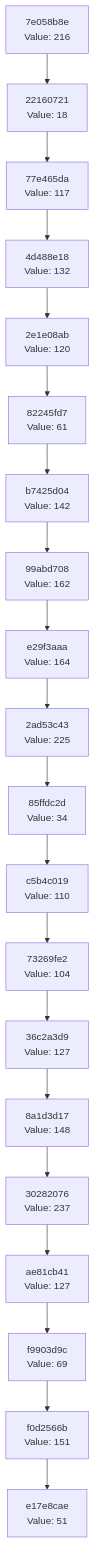
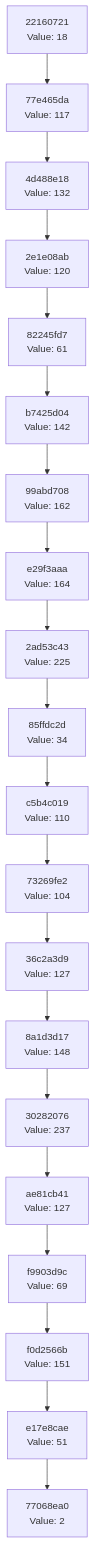
The diagram in docs/CHAIN_VISUALIZATION.md (Abhisheksinha1506/hash-chain-evolver), drawn with Mermaid before and after one commit. The commit also changed 2 other files, not shown here.

Commit message:
Evolution step: hash 0x02 → action executed

````diff
--- a/docs/CHAIN_VISUALIZATION.md
+++ b/docs/CHAIN_VISUALIZATION.md
@@ -3,42 +3,42 @@
 ```mermaid
 graph TD
-    C0["e17e8cae<br/>Value: 51"]
-    C1["f0d2566b<br/>Value: 151"]
+    C0["77068ea0<br/>Value: 2"]
+    C1["e17e8cae<br/>Value: 51"]
     C1 --> C0
-    C2["f9903d9c<br/>Value: 69"]
+    C2["f0d2566b<br/>Value: 151"]
     C2 --> C1
-    C3["ae81cb41<br/>Value: 127"]
+    C3["f9903d9c<br/>Value: 69"]
     C3 --> C2
-    C4["30282076<br/>Value: 237"]
+    C4["ae81cb41<br/>Value: 127"]
     C4 --> C3
-    C5["8a1d3d17<br/>Value: 148"]
+    C5["30282076<br/>Value: 237"]
     C5 --> C4
-    C6["36c2a3d9<br/>Value: 127"]
+    C6["8a1d3d17<br/>Value: 148"]
     C6 --> C5
-    C7["73269fe2<br/>Value: 104"]
+    C7["36c2a3d9<br/>Value: 127"]
     C7 --> C6
-    C8["c5b4c019<br/>Value: 110"]
+    C8["73269fe2<br/>Value: 104"]
     C8 --> C7
-    C9["85ffdc2d<br/>Value: 34"]
+    C9["c5b4c019<br/>Value: 110"]
     C9 --> C8
-    C10["2ad53c43<br/>Value: 225"]
+    C10["85ffdc2d<br/>Value: 34"]
     C10 --> C9
-    C11["e29f3aaa<br/>Value: 164"]
+    C11["2ad53c43<br/>Value: 225"]
     C11 --> C10
-    C12["99abd708<br/>Value: 162"]
+    C12["e29f3aaa<br/>Value: 164"]
     C12 --> C11
-    C13["b7425d04<br/>Value: 142"]
+    C13["99abd708<br/>Value: 162"]
     C13 --> C12
-    C14["82245fd7<br/>Value: 61"]
+    C14["b7425d04<br/>Value: 142"]
     C14 --> C13
-    C15["2e1e08ab<br/>Value: 120"]
+    C15["82245fd7<br/>Value: 61"]
     C15 --> C14
-    C16["4d488e18<br/>Value: 132"]
+    C16["2e1e08ab<br/>Value: 120"]
     C16 --> C15
-    C17["77e465da<br/>Value: 117"]
+    C17["4d488e18<br/>Value: 132"]
     C17 --> C16
-    C18["22160721<br/>Value: 18"]
+    C18["77e465da<br/>Value: 117"]
     C18 --> C17
-    C19["7e058b8e<br/>Value: 216"]
+    C19["22160721<br/>Value: 18"]
     C19 --> C18
 ```
````
